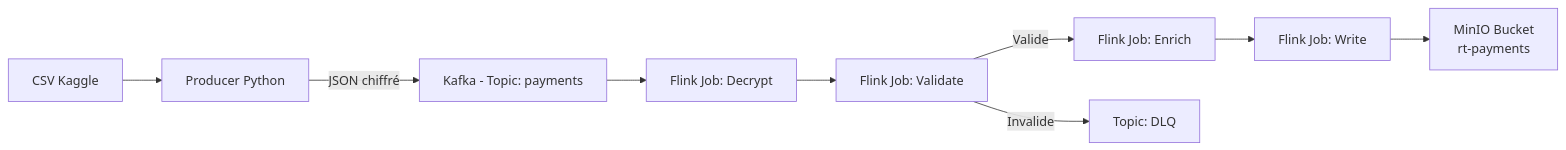
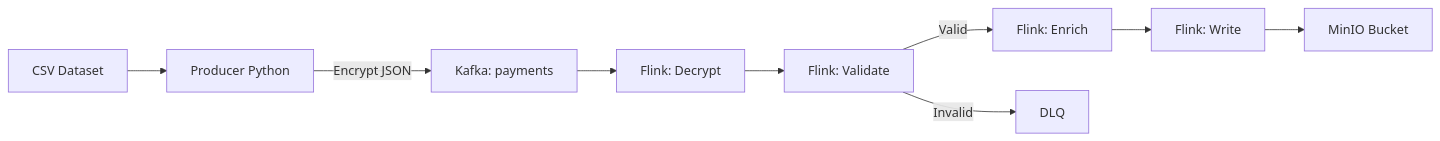
The second of 2 diagrams in README.md (YounesLD10/DGS-Streaming), drawn with Mermaid before and after one commit. The commit also changed other lines of this file, not shown here.

Commit message:
Refactor architecture and data flow diagrams in README

````diff
--- a/README.md
+++ b/README.md
@@ -75,17 +75,15 @@
 ```mermaid
 flowchart LR
 
-    A[CSV Kaggle] --> B[Producer Python]
+    A["CSV Dataset"] --> B["Producer Python"]
+    B -->|Encrypt JSON| C["Kafka: payments"]
 
-    B -->|JSON chiffré| C[Kafka - Topic: payments]
+    C --> D["Flink: Decrypt"]
+    D --> E["Flink: Validate"]
 
-    C --> D[Flink Job: Decrypt]
-    D --> E[Flink Job: Validate]
+    E -->|Valid| F["Flink: Enrich"]
+    E -->|Invalid| G["DLQ"]
 
-    E -->|Valide| F[Flink Job: Enrich]
-    E -->|Invalide| G[Topic: DLQ]
-
-    F --> H[Flink Job: Write]
-
-    H --> I[MinIO Bucket\nrt-payments]
+    F --> H["Flink: Write"]
+    H --> I["MinIO Bucket"]
 ```
````
